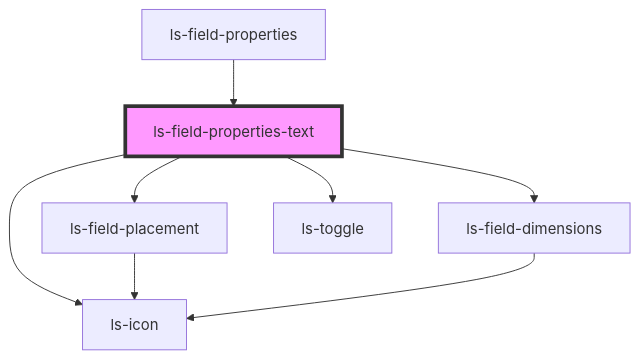
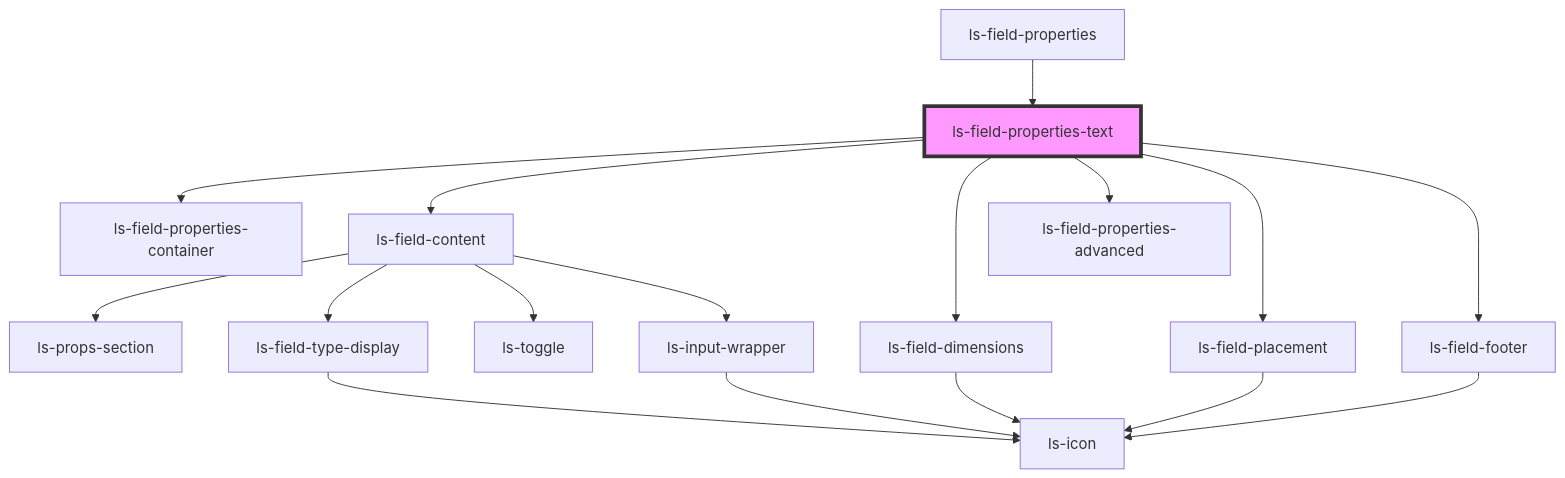
Before and after one commit to legalesign/ls-document-viewer: the diagram in src/components/ls-field-properties-text/readme.md, drawn with Mermaid. The commit also changed other lines of this file and 16 other files, not shown here.

````diff
--- a/src/components/ls-field-properties-text/readme.md
+++ b/src/components/ls-field-properties-text/readme.md
@@ -30,11 +31,20 @@
 ```mermaid
 graph TD;
+  ls-field-properties-text --> ls-field-properties-container
+  ls-field-properties-text --> ls-field-content
+  ls-field-properties-text --> ls-field-dimensions
+  ls-field-properties-text --> ls-field-properties-advanced
   ls-field-properties-text --> ls-field-placement
-  ls-field-properties-text --> ls-field-dimensions
-  ls-field-properties-text --> ls-icon
-  ls-field-properties-text --> ls-toggle
+  ls-field-properties-text --> ls-field-footer
+  ls-field-content --> ls-props-section
+  ls-field-content --> ls-field-type-display
+  ls-field-content --> ls-toggle
+  ls-field-content --> ls-input-wrapper
+  ls-field-type-display --> ls-icon
+  ls-input-wrapper --> ls-icon
+  ls-field-dimensions --> ls-icon
   ls-field-placement --> ls-icon
-  ls-field-dimensions --> ls-icon
+  ls-field-footer --> ls-icon
   ls-field-properties --> ls-field-properties-text
   style ls-field-properties-text fill:#f9f,stroke:#333,stroke-width:4px
 ```
````
